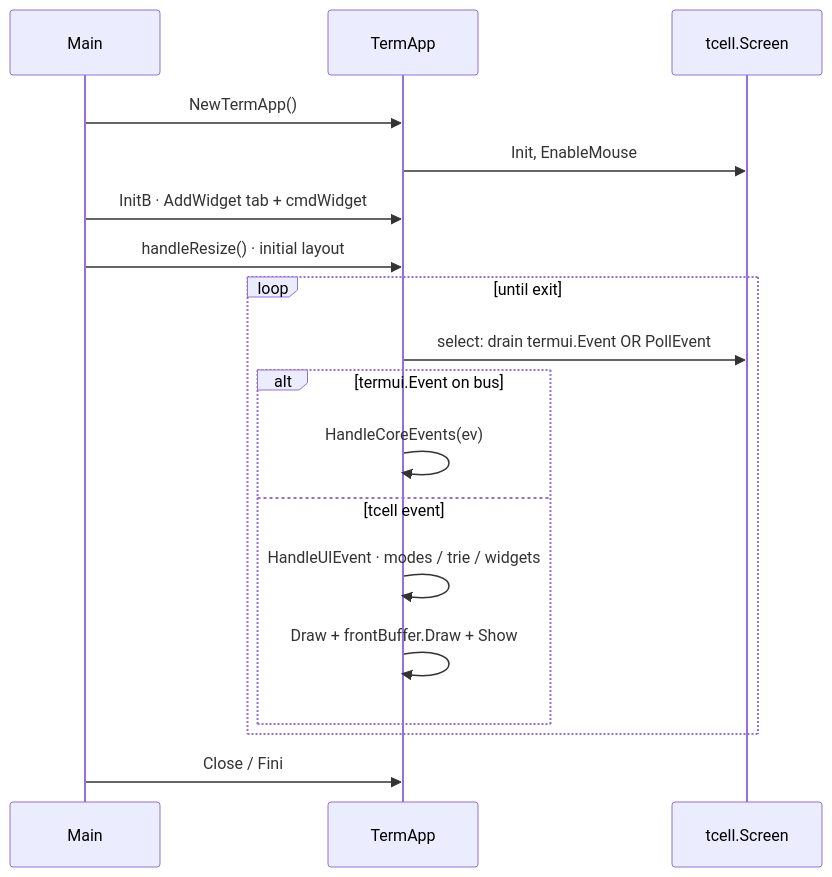
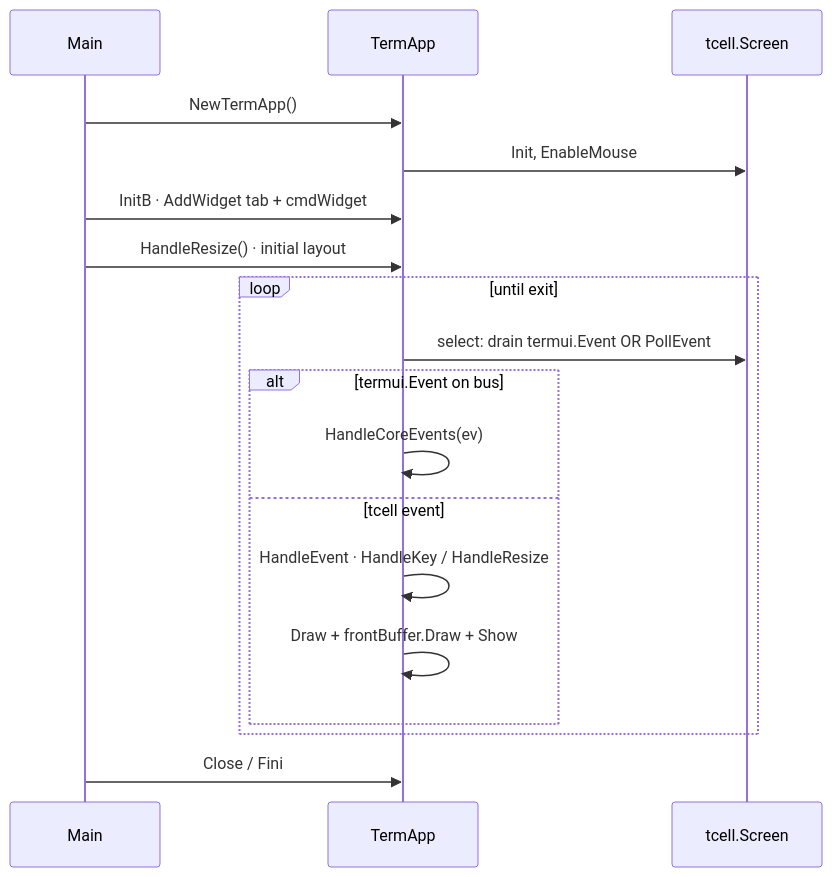
Before and after one commit to yairgd/gdbforge: the seventh of 7 diagrams in docs/UI_ARCHITECTURE.md, drawn with Mermaid. The commit also changed other lines of this file and 11 other files, not shown here.

````diff
--- a/docs/UI_ARCHITECTURE.md
+++ b/docs/UI_ARCHITECTURE.md
@@ -455,21 +462,21 @@
 ```mermaid
 sequenceDiagram
     participant Main
     participant App as TermApp
     participant Screen as tcell.Screen
 
     Main->>App: NewTermApp()
     App->>Screen: Init, EnableMouse
     Main->>App: InitB · AddWidget tab + cmdWidget
-    Main->>App: handleResize() · initial layout
+    Main->>App: HandleResize() · initial layout
     loop until exit
         App->>Screen: select: drain termui.Event OR PollEvent
         alt termui.Event on bus
             App->>App: HandleCoreEvents(ev)
         else tcell event
-            App->>App: HandleUIEvent · modes / trie / widgets
+            App->>App: HandleEvent · HandleKey / HandleResize
             App->>App: Draw + frontBuffer.Draw + Show
         end
     end
     Main->>App: Close / Fini
 ```
````
